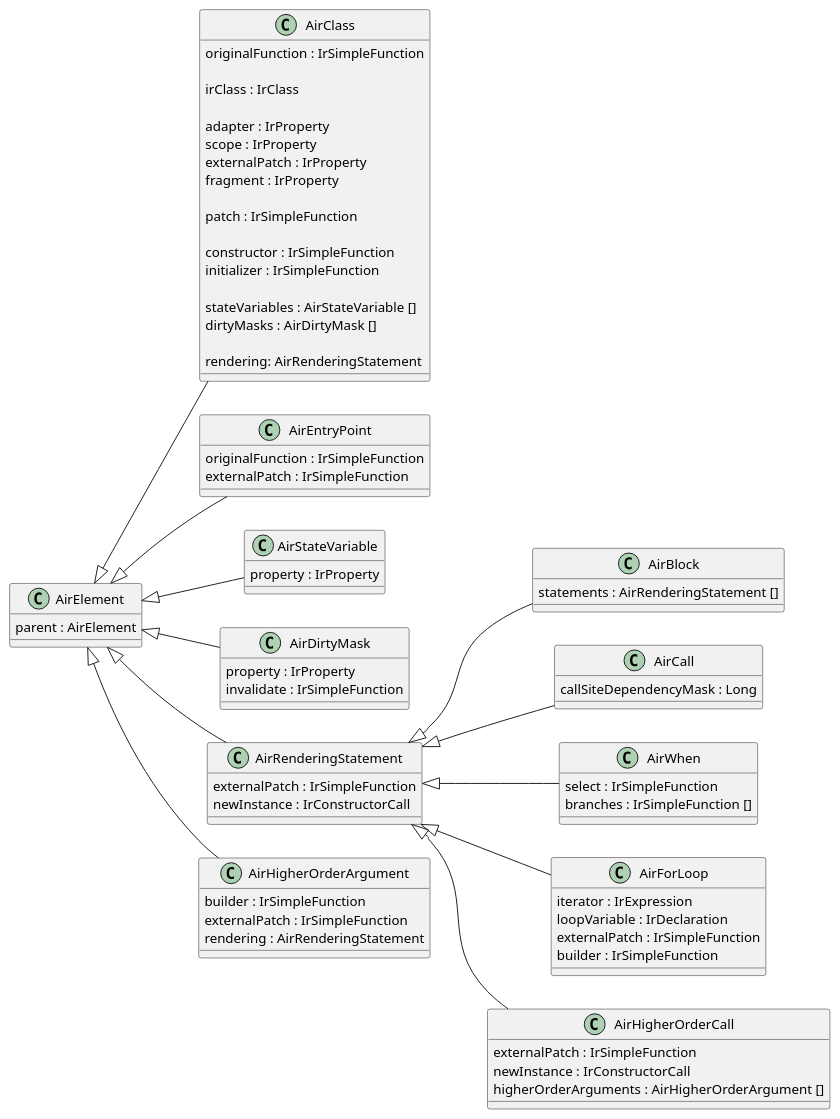
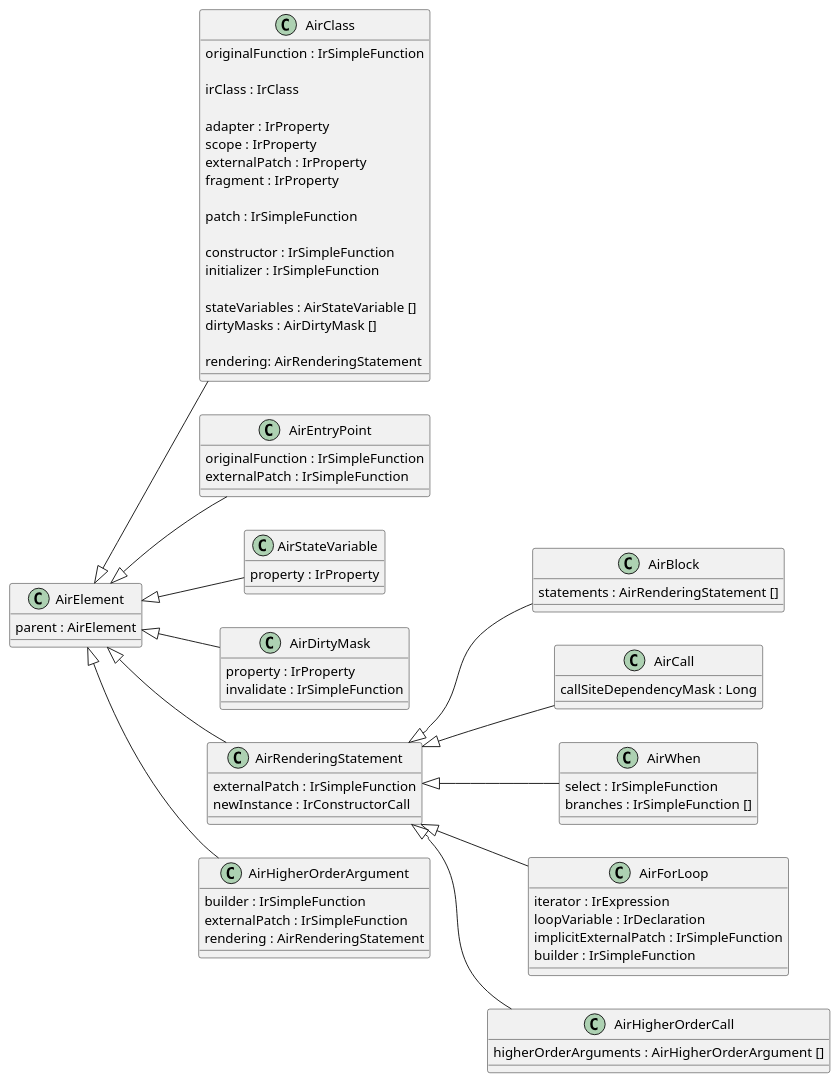
Before and after one commit to spxbhuhb/rui: the diagram in doc/internals/Air.puml, drawn with PlantUML. The commit also changed 108 other files, not shown here.

```diff
--- a/doc/internals/Air.puml
+++ b/doc/internals/Air.puml
@@ -1,91 +1,89 @@
 @startuml
 
 left to right direction
 
 class AirClass {
     originalFunction : IrSimpleFunction
 
     irClass : IrClass
 
     adapter : IrProperty
     scope : IrProperty
     externalPatch : IrProperty
     fragment : IrProperty
 
     patch : IrSimpleFunction
 
     constructor : IrSimpleFunction
     initializer : IrSimpleFunction
 
     stateVariables : AirStateVariable []
     dirtyMasks : AirDirtyMask []
 
     rendering: AirRenderingStatement
 }
 AirElement <|-- AirClass
 
 class AirEntryPoint {
     originalFunction : IrSimpleFunction
     externalPatch : IrSimpleFunction
 }
 AirElement <|-- AirEntryPoint
 
 class AirStateVariable {
     property : IrProperty
 }
 AirElement <|-- AirStateVariable
 
 class AirDirtyMask {
     property : IrProperty
     invalidate : IrSimpleFunction
 }
 AirElement <|-- AirDirtyMask
 
 class AirRenderingStatement {
     externalPatch : IrSimpleFunction
     newInstance : IrConstructorCall
 }
 AirElement <|-- AirRenderingStatement
 
 class AirBlock {
     statements : AirRenderingStatement []
 }
 AirRenderingStatement <|-- AirBlock
 
 class AirCall {
     callSiteDependencyMask : Long
 }
 AirRenderingStatement <|-- AirCall
 
 class AirWhen {
     select : IrSimpleFunction
     branches : IrSimpleFunction []
 }
 AirRenderingStatement <|-- AirWhen
 
 class AirForLoop {
     iterator : IrExpression
     loopVariable : IrDeclaration
-    externalPatch : IrSimpleFunction
+    implicitExternalPatch : IrSimpleFunction
     builder : IrSimpleFunction
 }
 AirRenderingStatement <|-- AirForLoop
 
 class AirHigherOrderCall {
-    externalPatch : IrSimpleFunction
-    newInstance : IrConstructorCall
     higherOrderArguments : AirHigherOrderArgument []
 }
 AirRenderingStatement <|-- AirHigherOrderCall
 
 class AirHigherOrderArgument {
     builder : IrSimpleFunction
     externalPatch : IrSimpleFunction
     rendering : AirRenderingStatement
 }
 AirElement <|-- AirHigherOrderArgument
 
 class AirElement {
     parent : AirElement
 }
 @enduml
```
